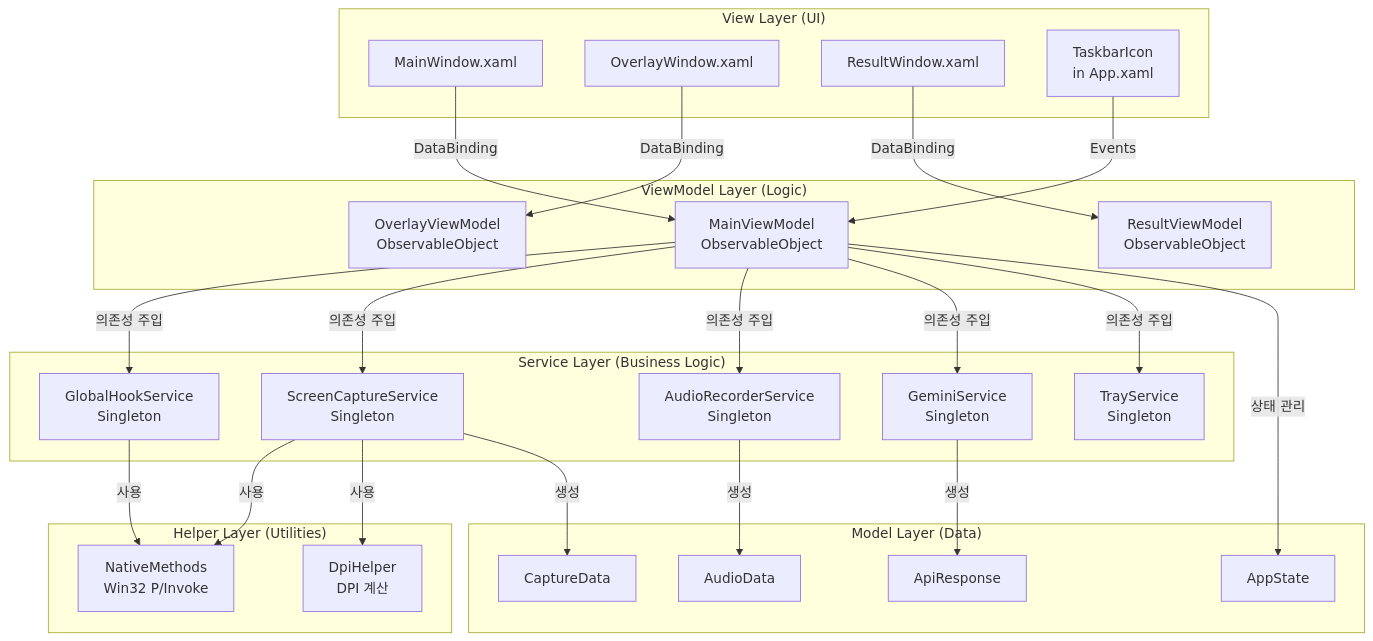
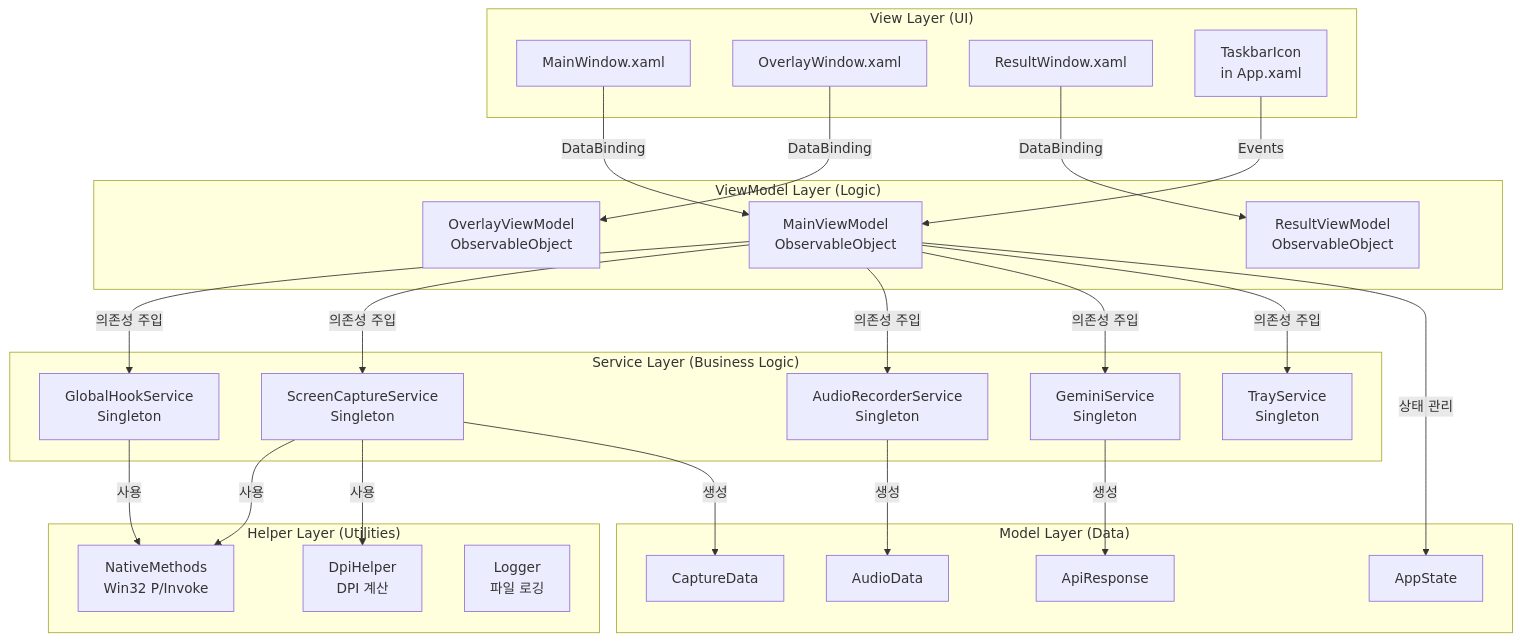
Before and after one commit to dreamwars99/AI_mouse: the first of 2 diagrams in md/Tree.md, drawn with Mermaid. The commit also changed other lines of this file and 6 other files, not shown here.

````diff
--- a/md/Tree.md
+++ b/md/Tree.md
@@ -90,55 +91,56 @@
 ```mermaid
 graph TB
     subgraph "View Layer (UI)"
         MainWindow[MainWindow.xaml]
         OverlayWindow[OverlayWindow.xaml]
         ResultWindow[ResultWindow.xaml]
         TrayIcon[TaskbarIcon<br/>in App.xaml]
     end
     
     subgraph "ViewModel Layer (Logic)"
         MainVM[MainViewModel<br/>ObservableObject]
         OverlayVM[OverlayViewModel<br/>ObservableObject]
         ResultVM[ResultViewModel<br/>ObservableObject]
     end
     
     subgraph "Service Layer (Business Logic)"
         HookService[GlobalHookService<br/>Singleton]
         CaptureService[ScreenCaptureService<br/>Singleton]
         AudioService[AudioRecorderService<br/>Singleton]
         GeminiService[GeminiService<br/>Singleton]
         TrayService[TrayService<br/>Singleton]
     end
     
     subgraph "Model Layer (Data)"
         AppState[AppState]
         CaptureData[CaptureData]
         AudioData[AudioData]
         ApiResponse[ApiResponse]
     end
     
     subgraph "Helper Layer (Utilities)"
         NativeMethods[NativeMethods<br/>Win32 P/Invoke]
         DpiHelper[DpiHelper<br/>DPI 계산]
+        Logger[Logger<br/>파일 로깅]
     end
     
     MainWindow -->|DataBinding| MainVM
     OverlayWindow -->|DataBinding| OverlayVM
     ResultWindow -->|DataBinding| ResultVM
     TrayIcon -->|Events| MainVM
     
     MainVM -->|의존성 주입| HookService
     MainVM -->|의존성 주입| CaptureService
     MainVM -->|의존성 주입| AudioService
     MainVM -->|의존성 주입| GeminiService
     MainVM -->|의존성 주입| TrayService
     
     HookService -->|사용| NativeMethods
     CaptureService -->|사용| NativeMethods
     CaptureService -->|사용| DpiHelper
     
     MainVM -->|상태 관리| AppState
     CaptureService -->|생성| CaptureData
     AudioService -->|생성| AudioData
     GeminiService -->|생성| ApiResponse
 ```
````
